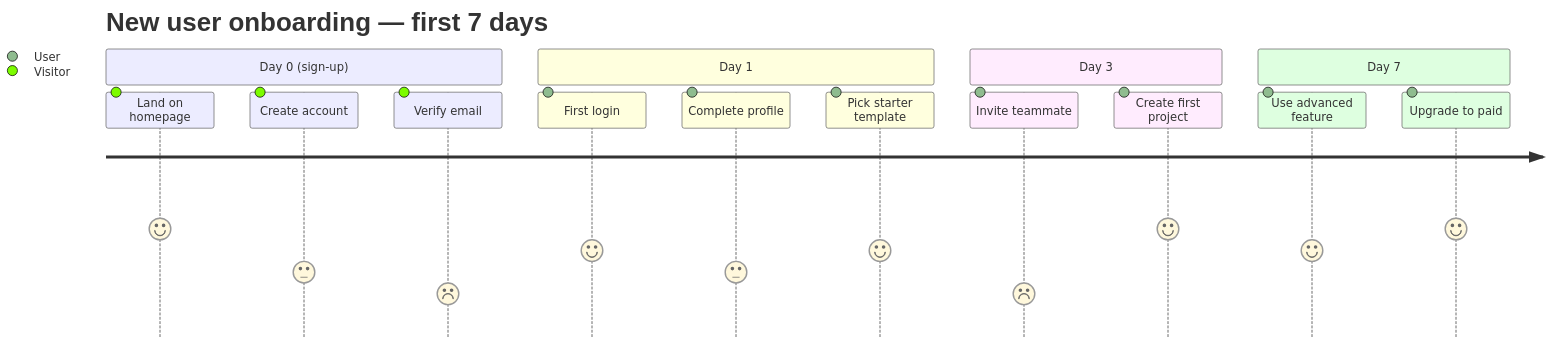
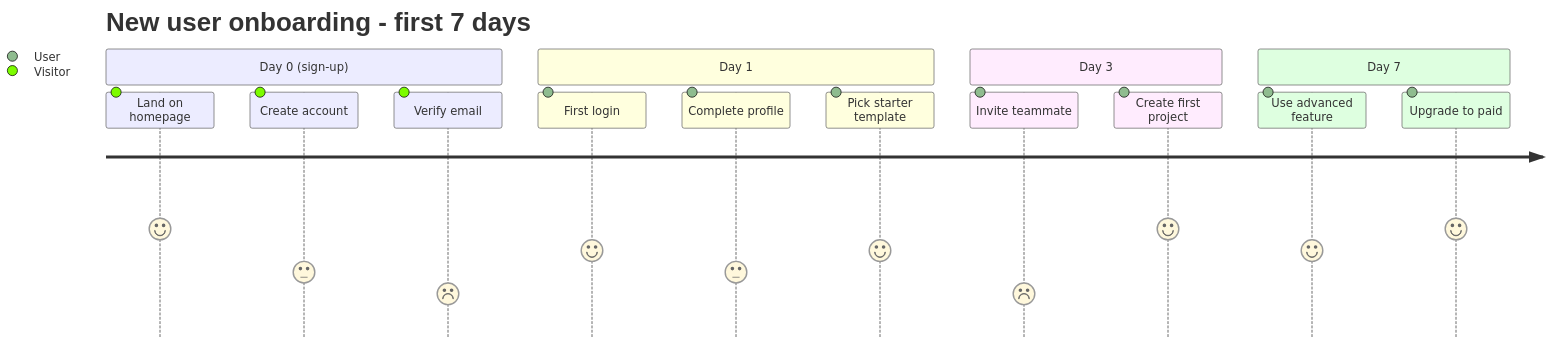
Before and after one commit to michael-123123/mde: diagram 15 of 20 in examples/DIAGRAMS.md, drawn with Mermaid. The commit also changed other lines of this file and 105 other files, not shown here.

````diff
--- a/examples/DIAGRAMS.md
+++ b/examples/DIAGRAMS.md
@@ -406,18 +406,18 @@
 ```mermaid
 journey
-    title New user onboarding — first 7 days
+    title New user onboarding - first 7 days
     section Day 0 (sign-up)
       Land on homepage: 5: Visitor
       Create account: 3: Visitor
       Verify email: 2: Visitor
     section Day 1
       First login: 4: User
       Complete profile: 3: User
       Pick starter template: 4: User
     section Day 3
       Invite teammate: 2: User
       Create first project: 5: User
     section Day 7
       Use advanced feature: 4: User
       Upgrade to paid: 5: User
 ```
````
